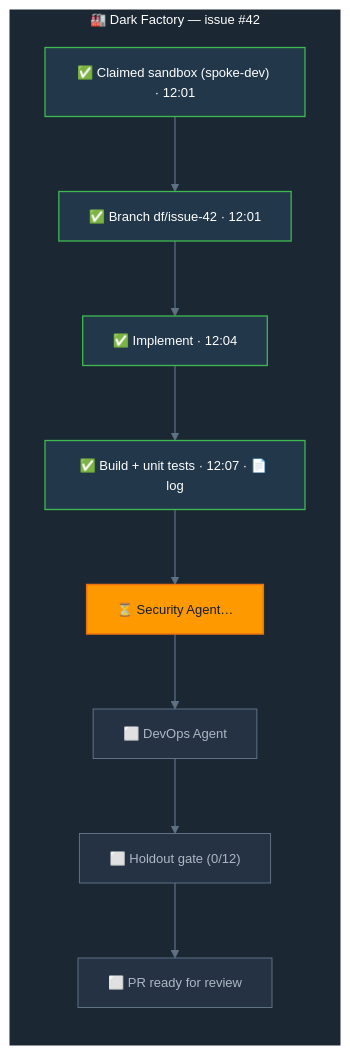
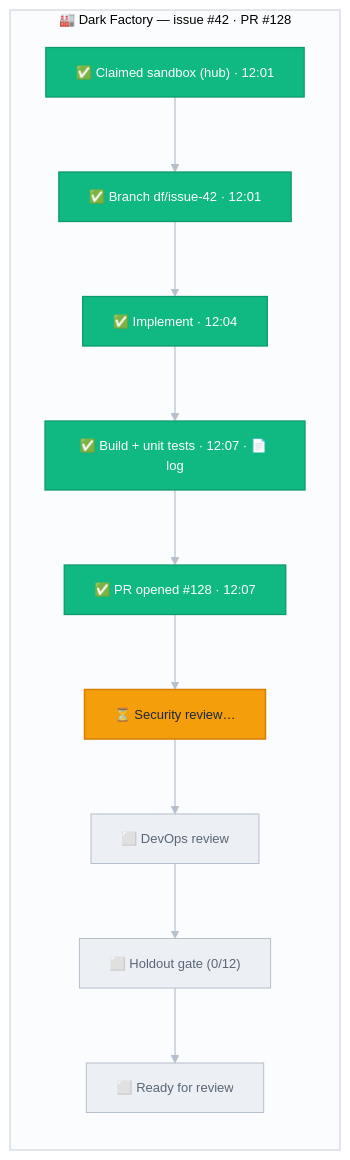
The fifth of 5 diagrams in docs/dark-factory/diagrams/flow-b-dark-factory.md (aws-samples/sample-open-agentic-platform), drawn with Mermaid before and after one commit. The commit also changed other lines of this file, not shown here.

First line of the commit message:
docs(dark-factory): Flow B diagrams — Argo Workflows on hub, single-cluster

````diff
--- a/docs/dark-factory/diagrams/flow-b-dark-factory.md
+++ b/docs/dark-factory/diagrams/flow-b-dark-factory.md
@@ -158,26 +256,25 @@
 ```mermaid
 %%{init: {'theme':'base','themeVariables':{
   'fontFamily':'Amazon Ember, Helvetica, Arial, sans-serif','fontSize':'13px',
-  'primaryColor':'#2E4257','primaryBorderColor':'#7C8FA3','primaryTextColor':'#FFFFFF',
-  'lineColor':'#8B99A7','clusterBkg':'#26374A','clusterBorder':'#5F7185'}}}%%
+  'primaryColor':'#F2F4F7','primaryBorderColor':'#B6C0CC','primaryTextColor':'#1B2733',
+  'lineColor':'#B6C0CC','clusterBkg':'#FBFCFD','clusterBorder':'#C7D0DA'}}}%%
 flowchart TB
-    classDef canvas fill:#1B2733,stroke:#1B2733,color:#FFFFFF;
-    classDef done   fill:#22384A,stroke:#3FB950,color:#FFFFFF,stroke-width:1.3px;
-    classDef now    fill:#FF9900,stroke:#EC7211,color:#161E2D,stroke-width:1.5px;
-    classDef wait   fill:#243244,stroke:#5F7185,color:#AEB8C4,stroke-width:1px;
+    classDef done fill:#10B981,stroke:#0E9A6C,color:#FFFFFF,stroke-width:1.3px;
+    classDef now  fill:#F59E0B,stroke:#D67E00,color:#1B2733,stroke-width:1.5px;
+    classDef wait fill:#ECEFF3,stroke:#B6C0CC,color:#5A6675,stroke-width:1px;
 
-    subgraph CANVAS["🏭  Dark Factory — issue #42"]
+    subgraph CANVAS["🏭  Dark Factory — issue #42  ·  PR #128"]
     direction TB
-        A["✅ Claimed sandbox (spoke-dev) · 12:01"]:::done
+        A["✅ Claimed sandbox (hub) · 12:01"]:::done
         B["✅ Branch df/issue-42 · 12:01"]:::done
         C["✅ Implement · 12:04"]:::done
         D["✅ Build + unit tests · 12:07 · 📄 log"]:::done
-        E["⏳ Security Agent…"]:::now
-        F["⬜ DevOps Agent"]:::wait
-        G["⬜ Holdout gate (0/12)"]:::wait
-        I["⬜ PR ready for review"]:::wait
-        A --> B --> C --> D --> E --> F --> G --> I
+        E["✅ PR opened #128 · 12:07"]:::done
+        F["⏳ Security review…"]:::now
+        G["⬜ DevOps review"]:::wait
+        H["⬜ Holdout gate (0/12)"]:::wait
+        I["⬜ Ready for review"]:::wait
+        A --> B --> C --> D --> E --> F --> G --> H --> I
     end
-    class CANVAS canvas
-    linkStyle default stroke:#5F7185,stroke-width:1.2px;
+    linkStyle default stroke:#B6C0CC,stroke-width:1.2px;
 ```
````
